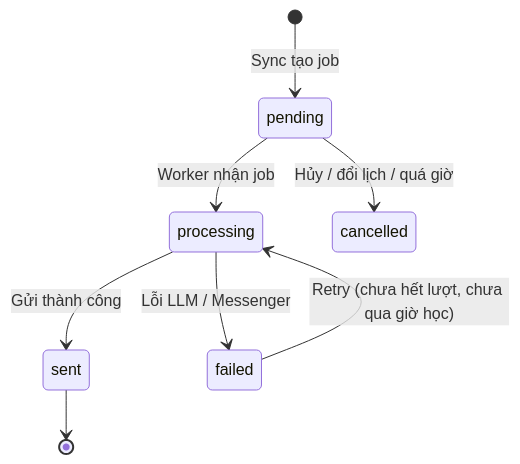
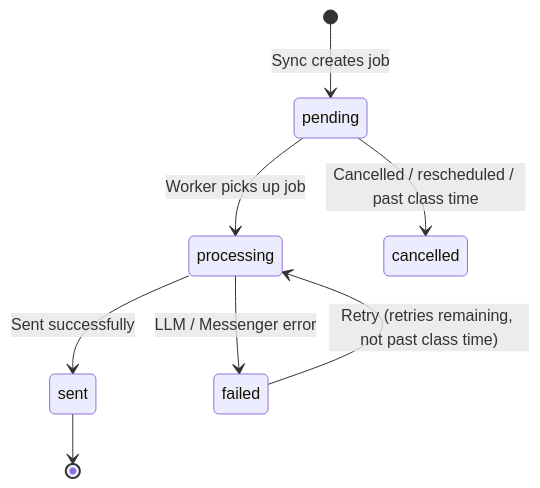
Before and after one commit to lengocanh2005it/messenger-ai-for-student: the second of 5 diagrams in apps/messenger-bot/docs/study-session-reminder.md, drawn with Mermaid. The commit also changed other lines of this file and 25 other files, not shown here.

````diff
--- a/apps/messenger-bot/docs/study-session-reminder.md
+++ b/apps/messenger-bot/docs/study-session-reminder.md
@@ -88,10 +88,10 @@
 ```mermaid
 stateDiagram-v2
-  [*] --> pending: Sync tạo job
-  pending --> processing: Worker nhận job
-  processing --> sent: Gửi thành công
-  processing --> failed: Lỗi LLM / Messenger
-  failed --> processing: Retry (chưa hết lượt, chưa qua giờ học)
-  pending --> cancelled: Hủy / đổi lịch / quá giờ
+  [*] --> pending: Sync creates job
+  pending --> processing: Worker picks up job
+  processing --> sent: Sent successfully
+  processing --> failed: LLM / Messenger error
+  failed --> processing: Retry (retries remaining, not past class time)
+  pending --> cancelled: Cancelled / rescheduled / past class time
   sent --> [*]
 ```
````
